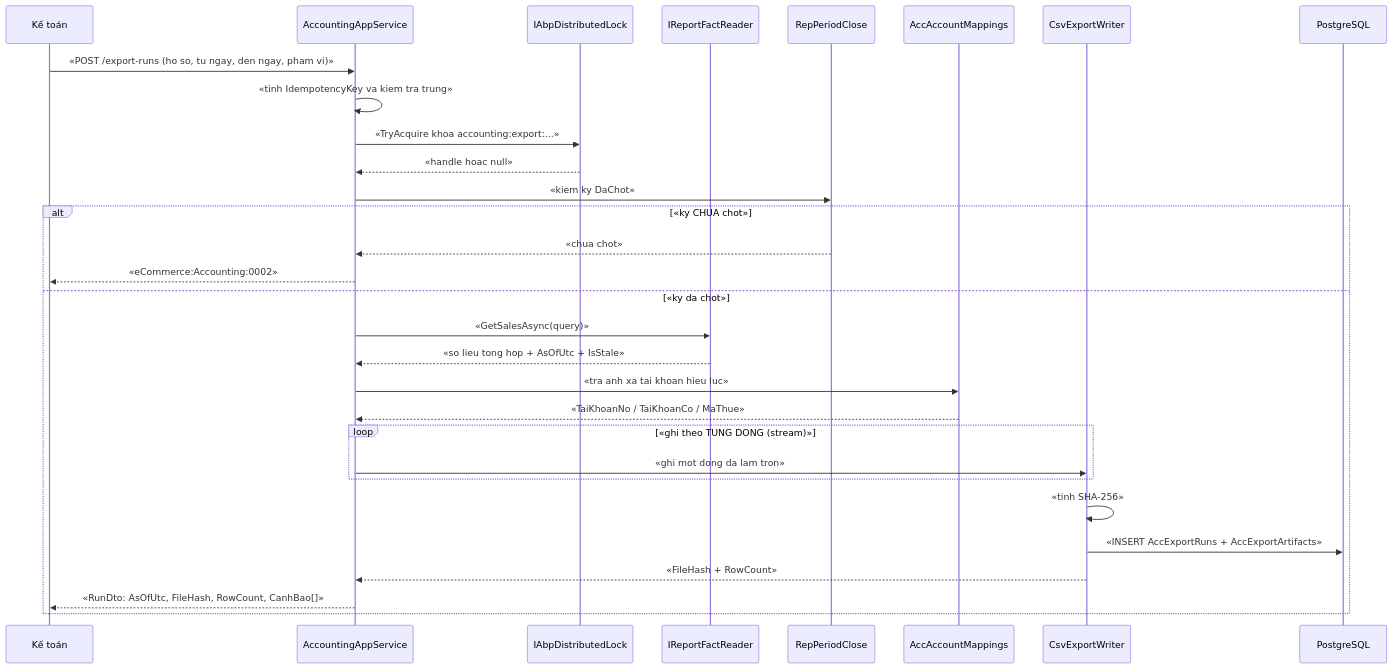
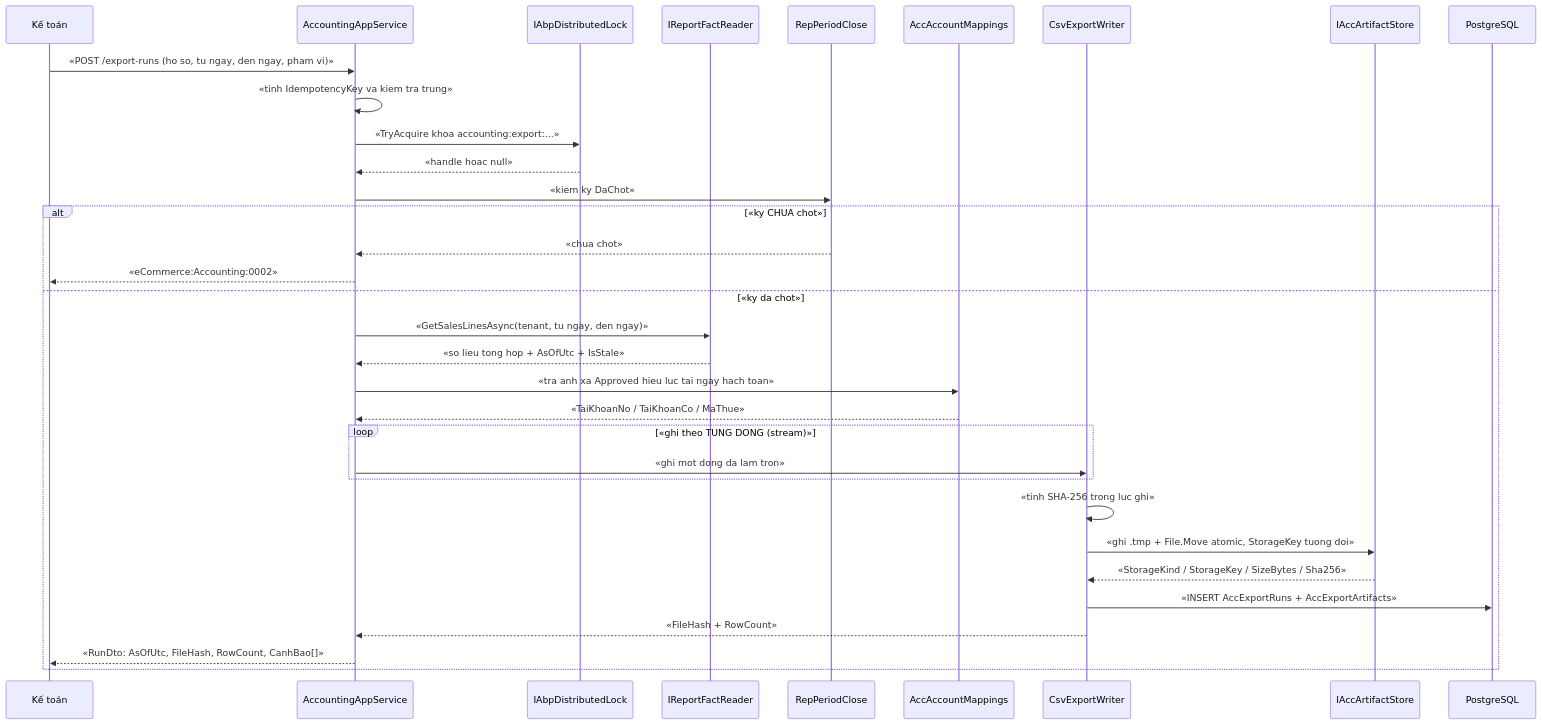
Before and after one commit to hungnt9801/eCommerce: the third of 3 diagrams in docs/features/accounting/acc-001-xuat-lieu-ke-toan-excel-csv.md, drawn with Mermaid. The commit also changed other lines of this file and 4 other files, not shown here.

````diff
--- a/docs/features/accounting/acc-001-xuat-lieu-ke-toan-excel-csv.md
+++ b/docs/features/accounting/acc-001-xuat-lieu-ke-toan-excel-csv.md
@@ -201,33 +212,36 @@
 ```mermaid
 sequenceDiagram
     participant KT as Kế toán
     participant API as AccountingAppService
     participant LOCK as IAbpDistributedLock
     participant REP as IReportFactReader
     participant PC as RepPeriodClose
     participant MAP as AccAccountMappings
     participant W as CsvExportWriter
+    participant ST as IAccArtifactStore
     participant DB as PostgreSQL
 
     KT->>API: «POST /export-runs (ho so, tu ngay, den ngay, pham vi)»
     API->>API: «tinh IdempotencyKey va kiem tra trung»
     API->>LOCK: «TryAcquire khoa accounting:export:...»
     LOCK-->>API: «handle hoac null»
     API->>PC: «kiem ky DaChot»
     alt «ky CHUA chot»
         PC-->>API: «chua chot»
         API-->>KT: «eCommerce:Accounting:0002»
     else «ky da chot»
-        API->>REP: «GetSalesAsync(query)»
+        API->>REP: «GetSalesLinesAsync(tenant, tu ngay, den ngay)»
         REP-->>API: «so lieu tong hop + AsOfUtc + IsStale»
-        API->>MAP: «tra anh xa tai khoan hieu luc»
+        API->>MAP: «tra anh xa Approved hieu luc tai ngay hach toan»
         MAP-->>API: «TaiKhoanNo / TaiKhoanCo / MaThue»
         loop «ghi theo TUNG DONG (stream)»
             API->>W: «ghi mot dong da lam tron»
         end
-        W->>W: «tinh SHA-256»
+        W->>W: «tinh SHA-256 trong luc ghi»
+        W->>ST: «ghi .tmp + File.Move atomic, StorageKey tuong doi»
+        ST-->>W: «StorageKind / StorageKey / SizeBytes / Sha256»
         W->>DB: «INSERT AccExportRuns + AccExportArtifacts»
         W-->>API: «FileHash + RowCount»
         API-->>KT: «RunDto: AsOfUtc, FileHash, RowCount, CanhBao[]»
     end
 ```
````
